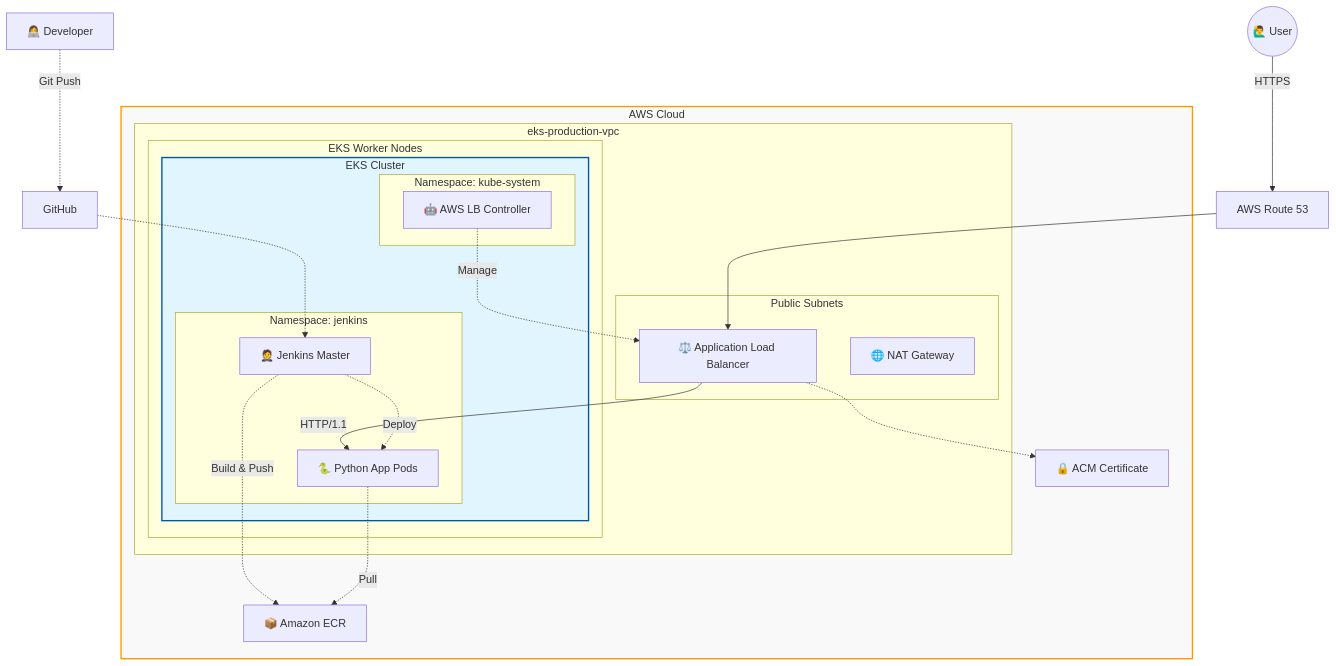
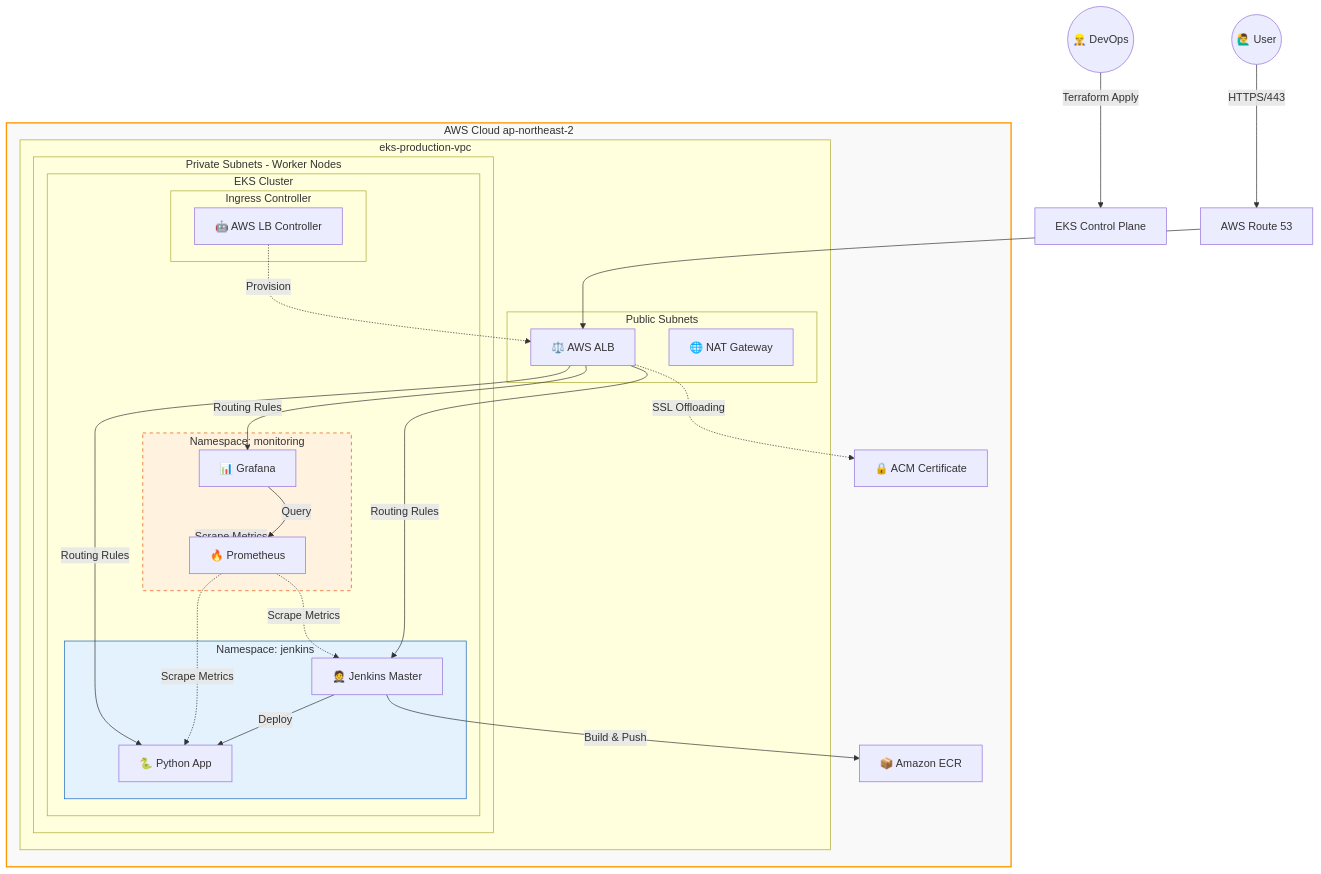
The diagram in README.md (lee951109/EKS-Production-project), drawn with Mermaid before and after one commit. The commit also changed other lines of this file, not shown here.

````diff
--- a/README.md
+++ b/README.md
@@ -25,48 +16,61 @@
 ```mermaid
 graph TD
-    %% 외부 진입점
-    User((🙋‍♂️ User)) -->|HTTPS| R53[AWS Route 53]
-    Dev[👩‍💻 Developer] -.->|Git Push| GitHub[GitHub]
+    %% 사용자 및 관리자
+    User((🙋‍♂️ User)) -->|HTTPS/443| R53[AWS Route 53]
+    Admin((👷‍♂️ DevOps)) -->|Terraform Apply| EKS_API[EKS Control Plane]
 
-    subgraph AWS_Cloud [AWS Cloud]
+    subgraph AWS_Cloud [AWS Cloud ap-northeast-2]
         ACM[🔒 ACM Certificate]
         ECR[📦 Amazon ECR]
 
         subgraph VPC [eks-production-vpc]
             subgraph Public_Subnets [Public Subnets]
-                ALB[⚖️ Application Load Balancer]
+                ALB[⚖️ AWS ALB]
                 NAT[🌐 NAT Gateway]
             end
 
-            subgraph Private_Subnets [EKS Worker Nodes]
-                subgraph EKS_Cluster [EKS Cluster]
-                    subgraph kube_system [Namespace: kube-system]
-                        ALB_Controller[🤖 AWS LB Controller]
+            subgraph Private_Subnets [Private Subnets - Worker Nodes]
+                
+                subgraph K8s_Cluster [EKS Cluster]
+                    
+                    subgraph Ingress_Layer [Ingress Controller]
+                        LBC[🤖 AWS LB Controller]
                     end
 
-                    subgraph jenkins_ns [Namespace: jenkins]
+                    subgraph App_Layer [Namespace: jenkins]
                         Jenkins[🤵 Jenkins Master]
-                        AppPod[🐍 Python App Pods]
+                        App[🐍 Python App]
+                    end
+
+                    subgraph Monitoring_Layer [Namespace: monitoring]
+                        Prometheus[🔥 Prometheus]
+                        Grafana[📊 Grafana]
                     end
                 end
             end
         end
     end
 
     %% 트래픽 흐름
     R53 --> ALB
-    ALB -.-> ACM
-    ALB -->|HTTP/1.1| AppPod
-    
+    ALB -.->|SSL Offloading| ACM
+    ALB -->|Routing Rules| Jenkins
+    ALB -->|Routing Rules| Grafana
+    ALB -->|Routing Rules| App
+
+    %% 모니터링 흐름
+    Prometheus -.->|Scrape Metrics| Jenkins
+    Prometheus -.->|Scrape Metrics| App
+    Prometheus -.->|Scrape Metrics| K8s_Cluster
+    Grafana -->|Query| Prometheus
+
     %% 배포 흐름
-    GitHub -.-> Jenkins
-    Jenkins -.->|Build & Push| ECR
-    Jenkins -.->|Deploy| AppPod
-    AppPod -.->|Pull| ECR
-    
-    ALB_Controller -.->|Manage| ALB
+    Jenkins -->|Build & Push| ECR
+    Jenkins -->|Deploy| App
+    LBC -.->|Provision| ALB
 
     %% 스타일링
     style AWS_Cloud fill:#f9f9f9,stroke:#FF9900,stroke-width:2px
-    style EKS_Cluster fill:#e1f5fe,stroke:#01579b,stroke-width:2px
+    style Monitoring_Layer fill:#fff3e0,stroke:#e65100,stroke-dasharray: 5 5
+    style App_Layer fill:#e3f2fd,stroke:#1565c0
 ```
````
